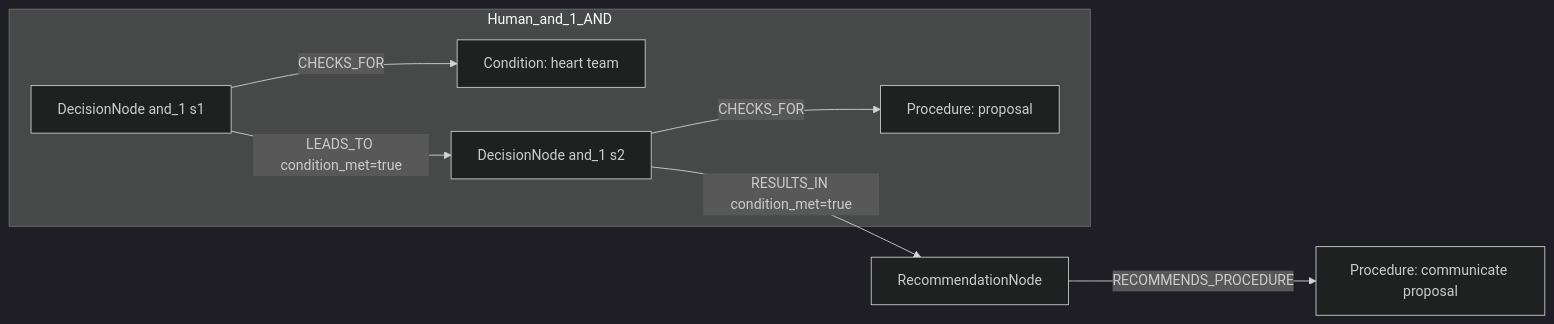
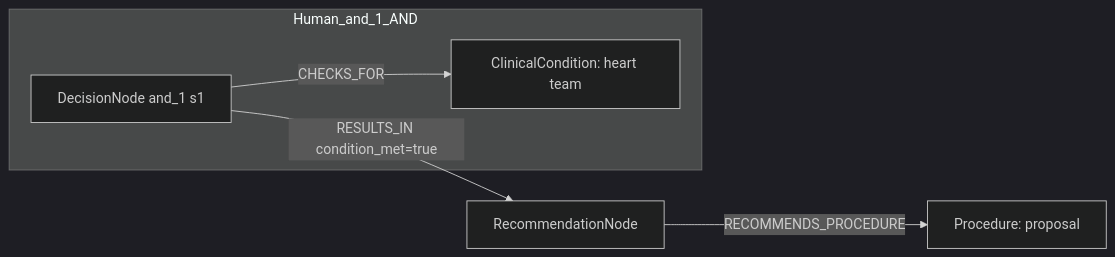
One commit to dieterich-lab/CardioGuidelinesGraph changed the first of 2 diagrams in docs/table22_rows_comparison/row_03.md. Above: the diagram before and after it, drawn with Mermaid (dark theme). The commit also changed other lines of this file and 20 other files, not shown here.

````diff
--- a/docs/table22_rows_comparison/row_03.md
+++ b/docs/table22_rows_comparison/row_03.md
@@ -143,16 +110,12 @@
 ```mermaid
 graph LR
   REC[RecommendationNode]
-  ACT1[Procedure: communicate proposal]
+  ACT1[Procedure: proposal]
   REC -->|RECOMMENDS_PROCEDURE| ACT1
   subgraph Human_and_1_AND
     D_and_1_1[DecisionNode and_1 s1]
-    C_and_1_1[Condition: heart team]
+    C_and_1_1[ClinicalCondition: heart team]
     D_and_1_1 -->|CHECKS_FOR| C_and_1_1
-    D_and_1_2[DecisionNode and_1 s2]
-    C_and_1_2[Procedure: proposal]
-    D_and_1_2 -->|CHECKS_FOR| C_and_1_2
-    D_and_1_1 -->|LEADS_TO condition_met=true| D_and_1_2
   end
-  D_and_1_2 -->|RESULTS_IN condition_met=true| REC
+  D_and_1_1 -->|RESULTS_IN condition_met=true| REC
 ```
````
